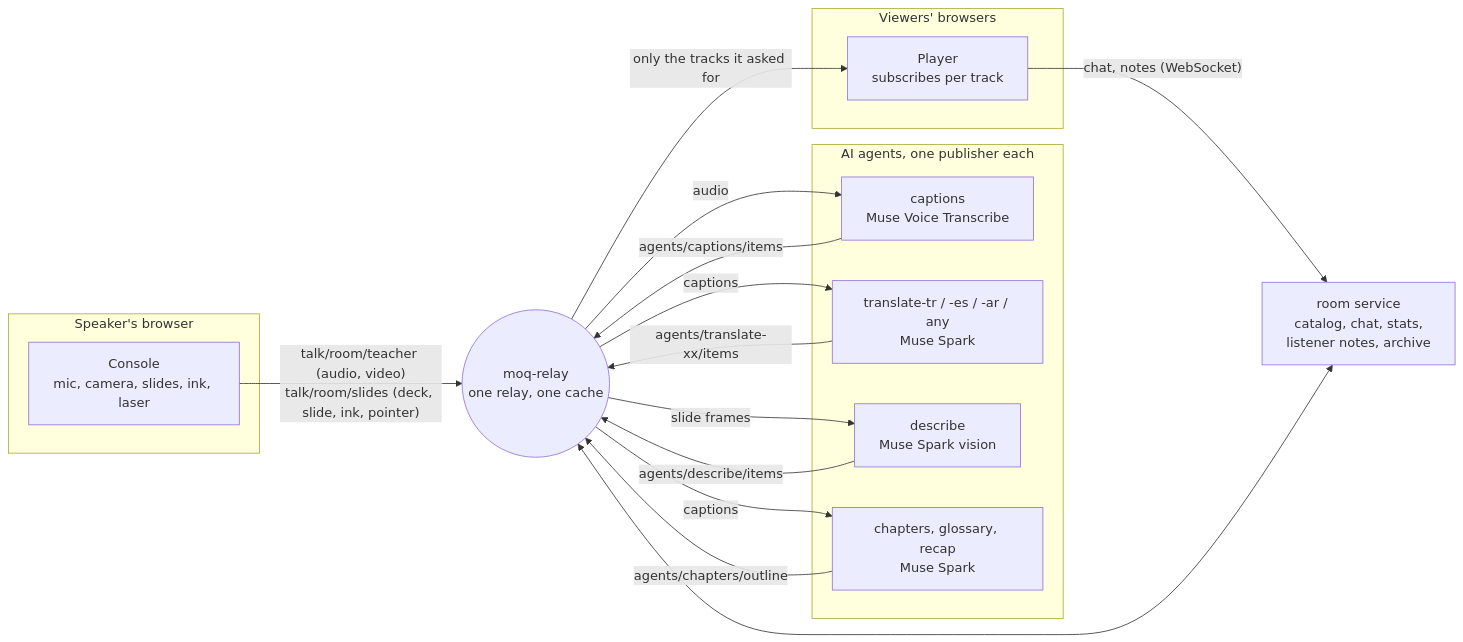
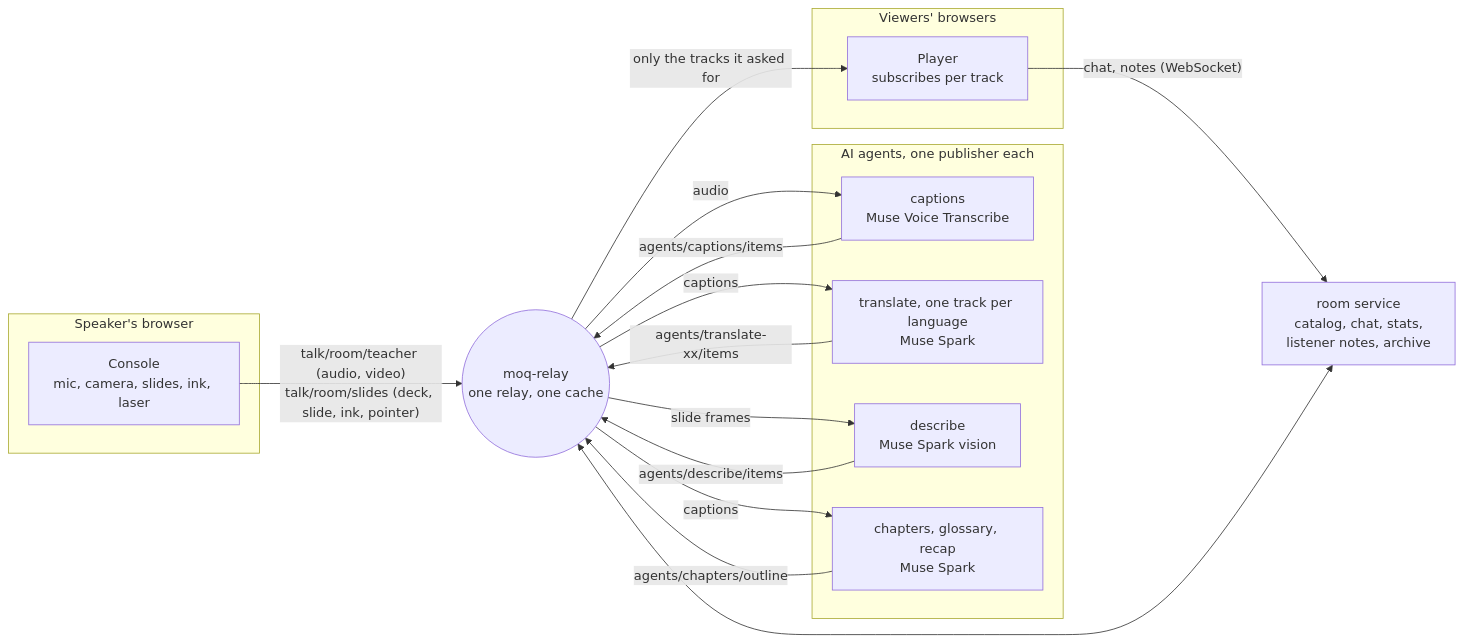
Before and after one commit to LeventAksakal/talk-tracks: the diagram in README.md, drawn with Mermaid. The commit also changed other lines of this file and 3 other files, not shown here.

````diff
--- a/README.md
+++ b/README.md
@@ -54,30 +54,30 @@
 ```mermaid
 flowchart LR
     subgraph Speaker["Speaker's browser"]
         S["Console<br/>mic, camera, slides, ink, laser"]
     end
     R(("moq-relay<br/>one relay, one cache"))
     subgraph Agents["AI agents, one publisher each"]
         C["captions<br/>Muse Voice Transcribe"]
-        T["translate-tr / -es / -ar / any<br/>Muse Spark"]
+        T["translate, one track per language<br/>Muse Spark"]
         D["describe<br/>Muse Spark vision"]
         O["chapters, glossary, recap<br/>Muse Spark"]
     end
     RS["room service<br/>catalog, chat, stats,<br/>listener notes, archive"]
     subgraph Viewers["Viewers' browsers"]
         V["Player<br/>subscribes per track"]
     end
 
     S -- "talk/room/teacher (audio, video)<br/>talk/room/slides (deck, slide, ink, pointer)" --> R
     R -- audio --> C
     C -- "agents/captions/items" --> R
     R -- captions --> T
     R -- captions --> O
     R -- slide frames --> D
     T -- "agents/translate-xx/items" --> R
     D -- "agents/describe/items" --> R
     O -- "agents/chapters/outline" --> R
     RS <--> R
     R -- "only the tracks it asked for" --> V
     V -- "chat, notes (WebSocket)" --> RS
 ```
````
